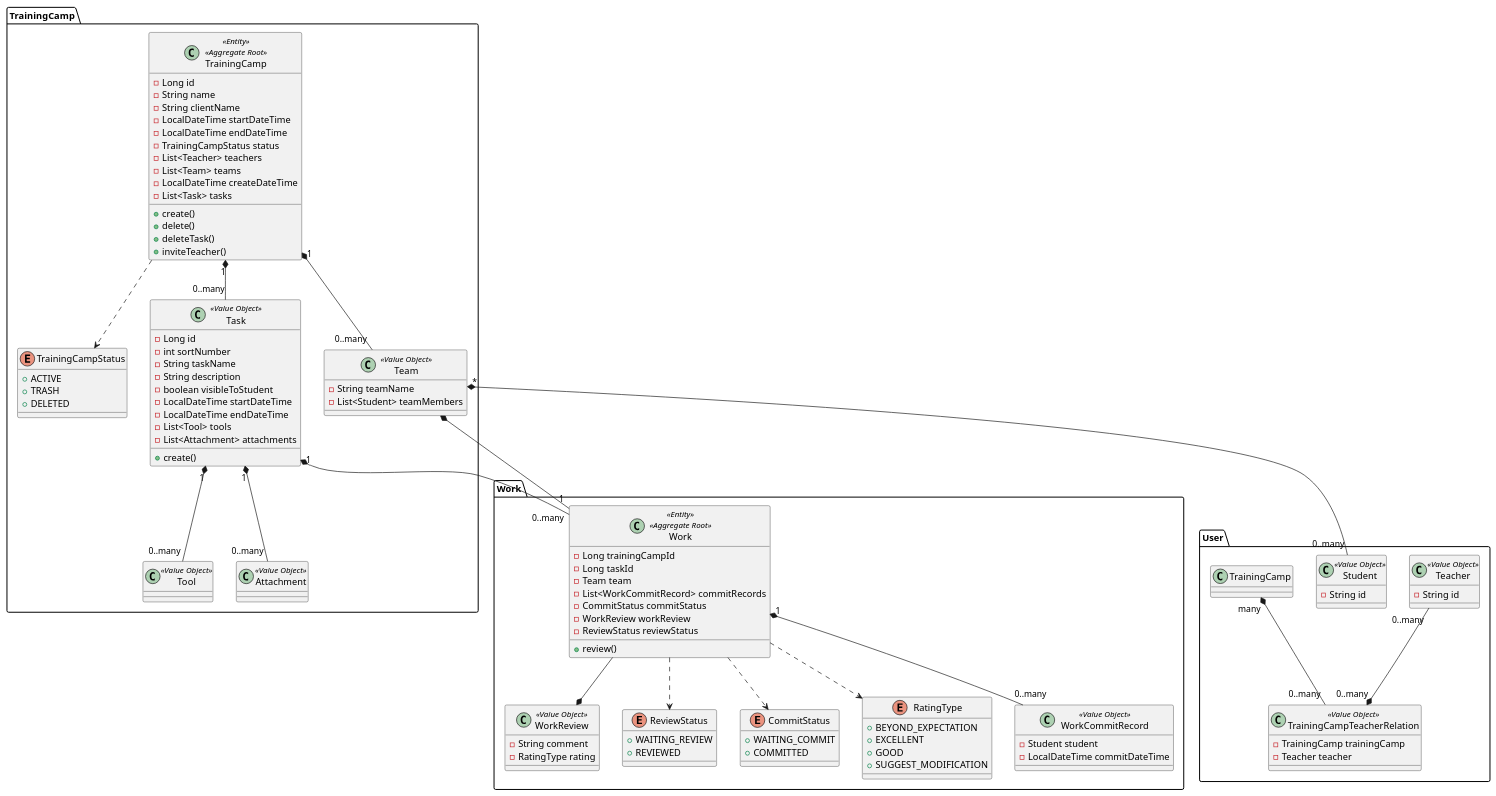
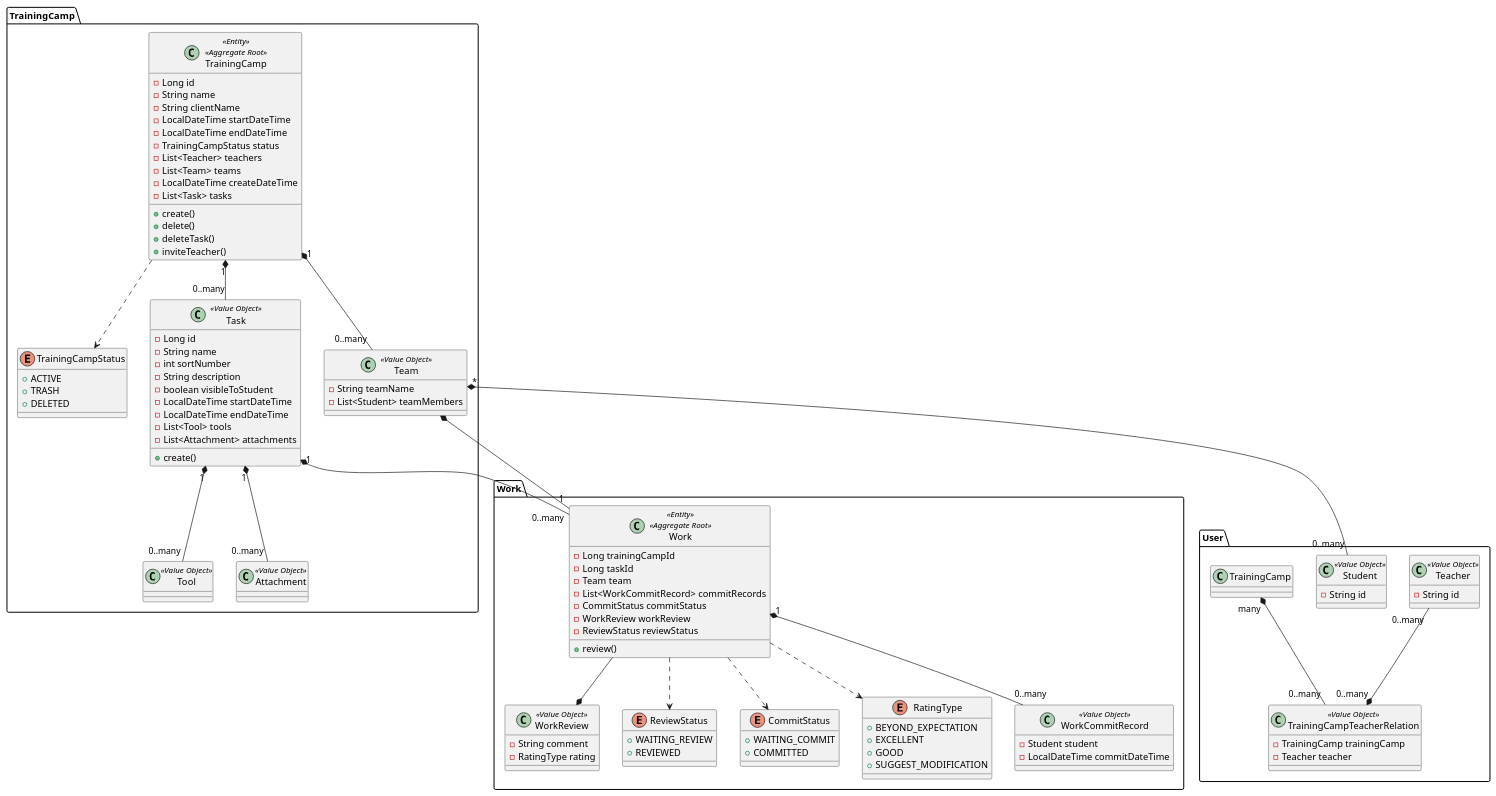
The diagram in src/main/java/TrainingCamp.puml (baggio-wangpu/DDD), drawn with PlantUML before and after one commit.

Commit message:
Adjust uml

```diff
--- a/src/main/java/TrainingCamp.puml
+++ b/src/main/java/TrainingCamp.puml
@@ -1,131 +1,131 @@
 @startuml
 
 package "TrainingCamp" {
 
     class TrainingCamp <<Entity>> <<Aggregate Root>> {
         - Long id
         - String name
         - String clientName
         - LocalDateTime startDateTime
         - LocalDateTime endDateTime
         - TrainingCampStatus status
         - List<Teacher> teachers
         - List<Team> teams
         - LocalDateTime createDateTime
         - List<Task> tasks
         + create()
         + delete()
         + deleteTask()
         + inviteTeacher()
     }
 
     enum TrainingCampStatus{
         + ACTIVE
         + TRASH
         + DELETED
     }
 
     class Task <<Value Object>> {
         - Long id
+        - String name
         - int sortNumber
-        - String taskName
         - String description
         - boolean visibleToStudent
         - LocalDateTime startDateTime
         - LocalDateTime endDateTime
         - List<Tool> tools
         - List<Attachment> attachments
         + create()
     }
 
     class Tool <<Value Object>> {
     }
 
     class Attachment <<Value Object>> {
     }
 
     class Team <<Value Object>> {
         - String teamName
         - List<Student> teamMembers
     }
 
     TrainingCamp ..> TrainingCampStatus
     TrainingCamp "1" *-- "0..many" Task
     TrainingCamp "1" *-- "0..many" Team
     Task "1" *-- "0..many" Tool
     Task "1" *-- "0..many" Attachment
 }
 
 package "User" {
 
     class Teacher <<Value Object>> {
         - String id
     }
 
     class Student <<Value Object>> {
         - String id
     }
 
     class TrainingCampTeacherRelation <<Value Object>> {
         - TrainingCamp trainingCamp
         - Teacher teacher
     }
 
     Teacher "0..many" --* "0..many"  TrainingCampTeacherRelation
     TrainingCamp "many" *-- "0..many" TrainingCampTeacherRelation
     Team "*" *-- "0..many" Student
 }
 
 package "Work" {
 
     class Work <<Entity>> <<Aggregate Root>> {
         - Long trainingCampId
         - Long taskId
         - Team team
         - List<WorkCommitRecord> commitRecords
         - CommitStatus commitStatus
         - WorkReview workReview
         - ReviewStatus reviewStatus
         + review()
     }
 
     class WorkReview <<Value Object>> {
         - String comment
         - RatingType rating
     }
 
     enum ReviewStatus {
         + WAITING_REVIEW
         + REVIEWED
     }
 
     enum CommitStatus {
         + WAITING_COMMIT
         + COMMITTED
     }
 
 
     enum RatingType {
         + BEYOND_EXPECTATION
         + EXCELLENT
         + GOOD
         + SUGGEST_MODIFICATION
     }
 
     class WorkCommitRecord <<Value Object>> {
         - Student student
         - LocalDateTime commitDateTime
     }
 
     Task "1" *-- "0..many" Work
     Work ..> RatingType
     Work ..> ReviewStatus
     Work ..> CommitStatus
     Work "1" *-- "0..many" WorkCommitRecord
     Work "1" --* Team
     Work  --* WorkReview
 
 }
 
 
 @enduml
```
